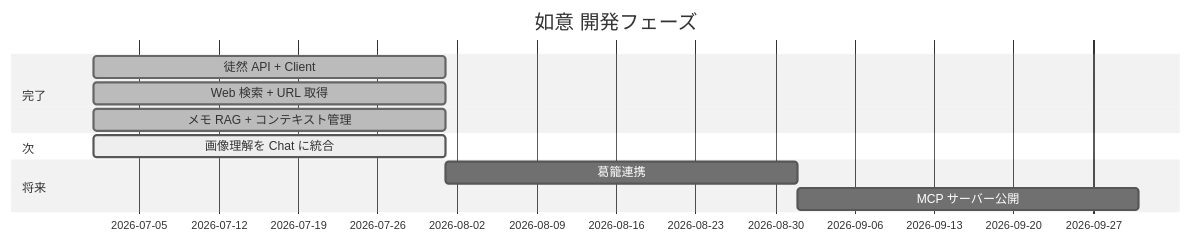
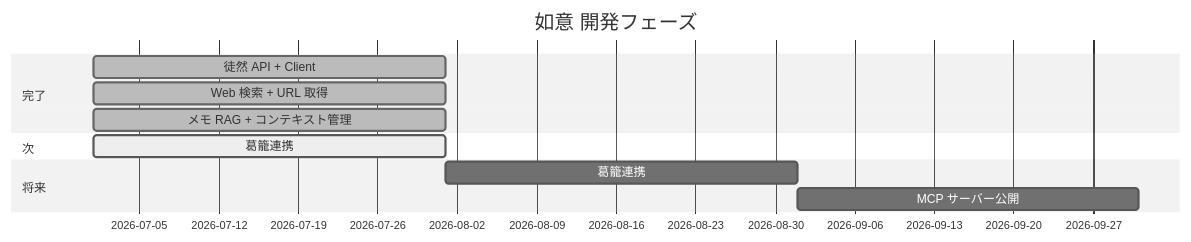
One commit to KBMemo/nyoy changed the second of 2 diagrams in docs/ecosystem-roadmap.md. Above: the diagram before and after it, drawn with Mermaid (neutral theme). The commit also changed other lines of this file and 23 other files, not shown here.

````diff
--- a/docs/ecosystem-roadmap.md
+++ b/docs/ecosystem-roadmap.md
@@ -212,14 +212,14 @@
 ```mermaid
 gantt
   title 如意 開発フェーズ
   dateFormat YYYY-MM
   section 完了
   徒然 API + Client           :done, p4, 2026-07, 1M
   Web 検索 + URL 取得          :done, p1, 2026-07, 1M
   メモ RAG + コンテキスト管理   :done, p3, 2026-07, 1M
   section 次
-  画像理解を Chat に統合        :active, p2, 2026-07, 1M
+  葛籠連携                     :active, p5, 2026-07, 1M
   section 将来
   葛籠連携                     :p5, after p2, 1M
   MCP サーバー公開             :p6, after p5, 1M
 ```
````
